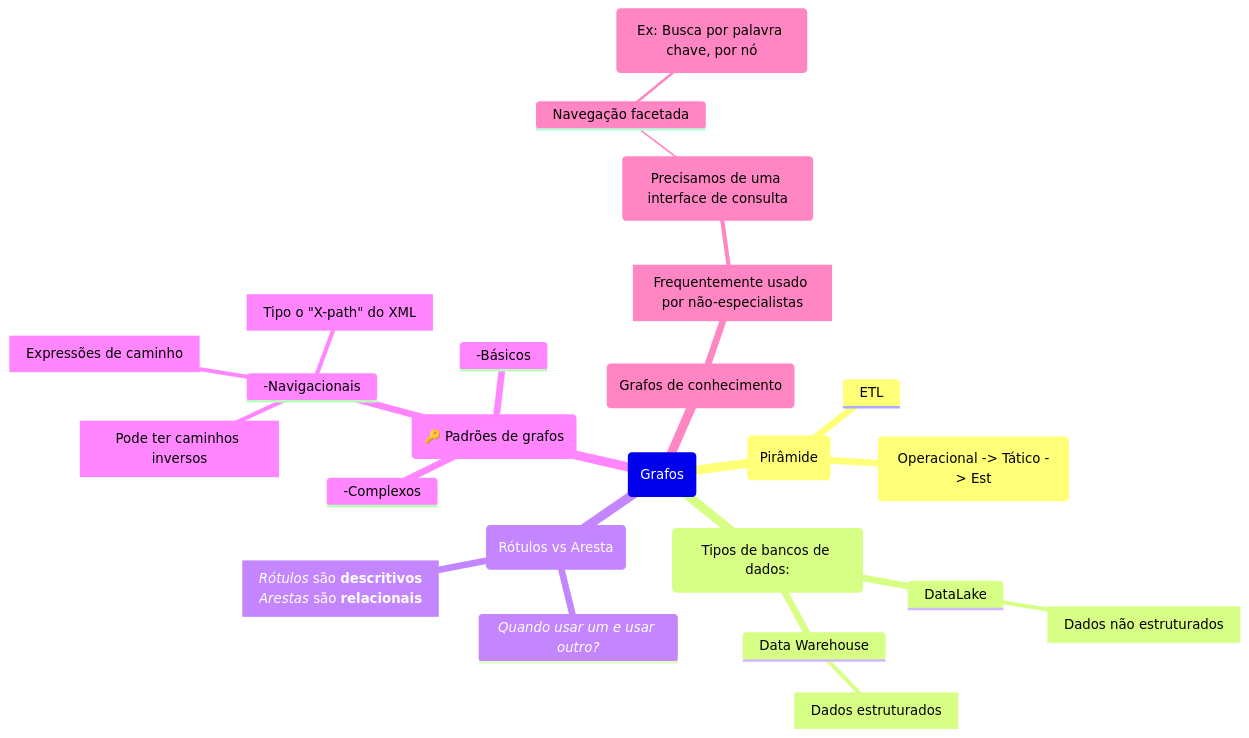
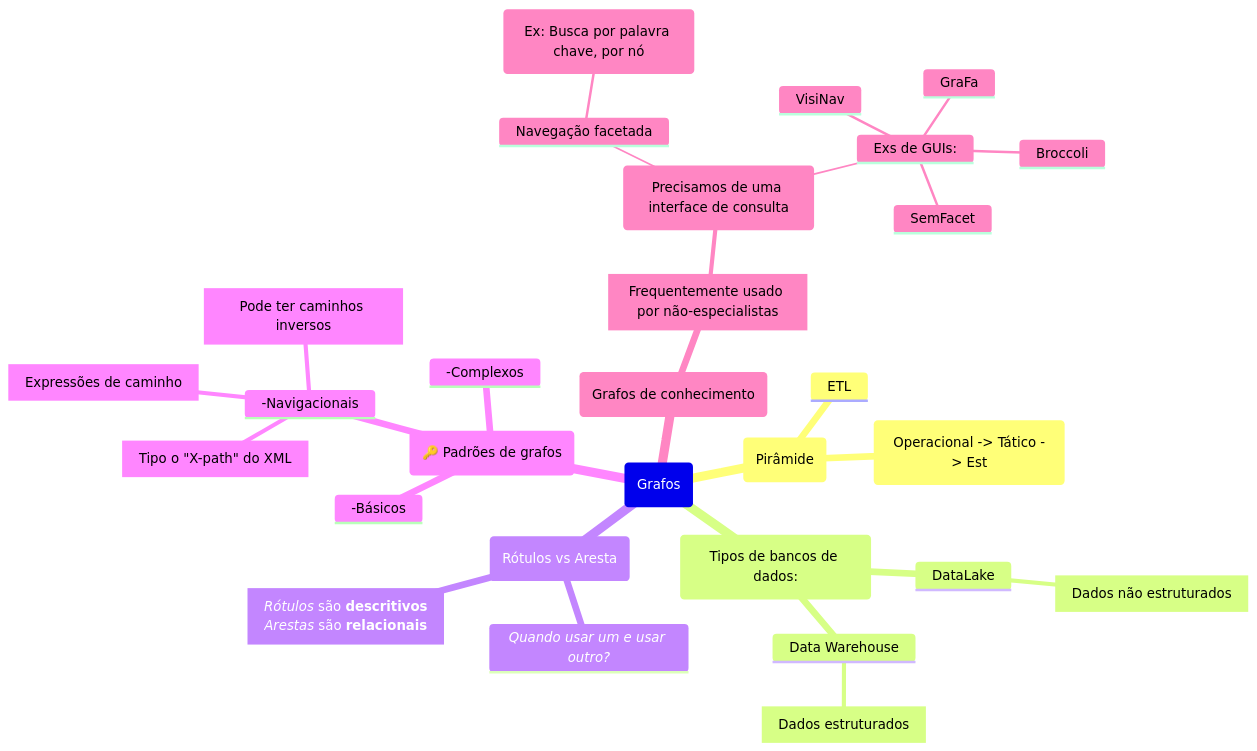
One commit to Igorino/joplin-notes changed the diagram in Mestrado/Segundo Semestre/SIN5033 - Grafos de conhecimento e Ontologias/Anotações/De Aulas/Aula do dia 2026 04 08.md. Above: the diagram before and after it, drawn with Mermaid.

Commit message:
Exported on 2026-04-08_16-08-51

````diff
--- a/Mestrado/Segundo Semestre/SIN5033 - Grafos de conhecimento e Ontologias/Anotações/De Aulas/Aula do dia 2026 04 08.md
+++ b/Mestrado/Segundo Semestre/SIN5033 - Grafos de conhecimento e Ontologias/Anotações/De Aulas/Aula do dia 2026 04 08.md
@@ -1,35 +1,40 @@
 ```mermaid
 mindmap
 	Root(Grafos)
 		(Pirâmide)
 			("Operacional -> Tático -> Est")
 			ETL
 
 		(Tipos de bancos de dados:)		
 			DataLake
 				[Dados não estruturados]
 			Data Warehouse
 				[Dados estruturados]
 
 		(Rótulos vs Aresta)
 			*Quando usar um e usar outro?*
 			[*Rótulos* são **descritivos**
 			*Arestas* são **relacionais**]
 
 		(🔑 Padrões de grafos)
 			-Básicos
 			-Complexos
 			-Navigacionais
 				[Tipo o "X-path" do XML]
 				["Expressões de caminho"]
 				[Pode ter caminhos inversos]
 
 		(Grafos de conhecimento)
 			[Frequentemente usado por não-especialistas]
 				(Precisamos de uma interface de consulta)
 					Navegação facetada
 						(Ex: Busca por palavra chave, por nó)
+					Exs de GUIs:
+						Broccoli
+						VisiNav
+						SemFacet
+						GraFa
 
 
 			
 ```
````
